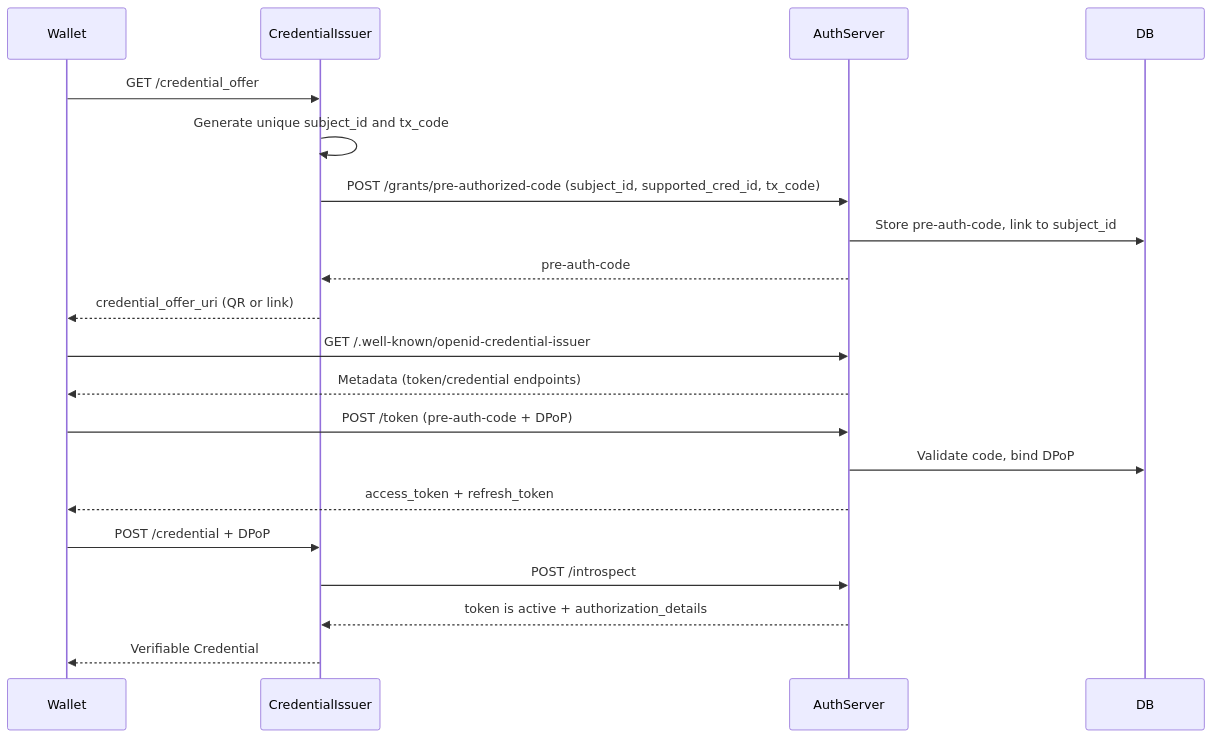
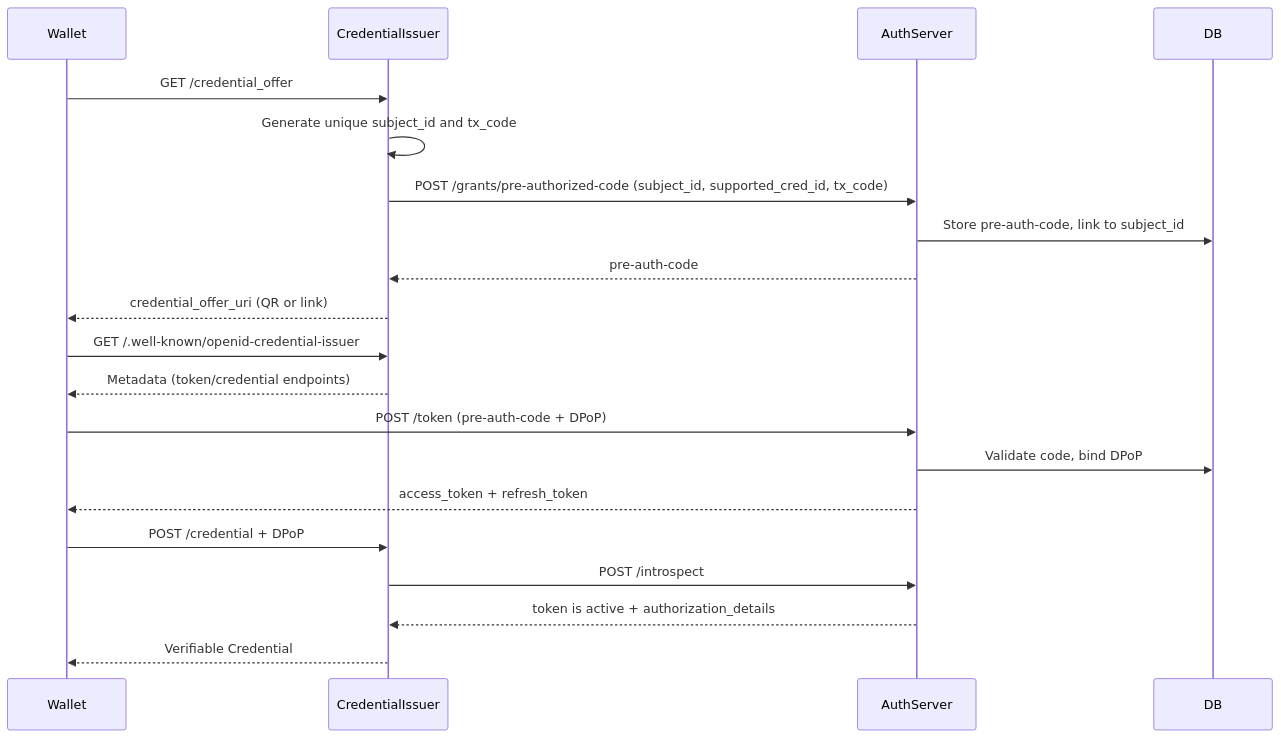
Before and after one commit to weiiv/di-auth-server: the sixth of 8 diagrams in README.md, drawn with Mermaid. The commit also changed other lines of this file, not shown here.

Commit message:
update attestation flow

````diff
--- a/README.md
+++ b/README.md
@@ -490,28 +494,28 @@
 ```mermaid
 sequenceDiagram
     participant Wallet
     participant CredentialIssuer
     participant AuthServer
     participant DB
 
     Wallet->>CredentialIssuer: GET /credential_offer
     CredentialIssuer->>CredentialIssuer: Generate unique subject_id and tx_code
 
     CredentialIssuer->>AuthServer: POST /grants/pre-authorized-code (subject_id, supported_cred_id, tx_code)
     AuthServer->>DB: Store pre-auth-code, link to subject_id
 
     AuthServer-->>CredentialIssuer: pre-auth-code
     CredentialIssuer-->>Wallet: credential_offer_uri (QR or link)
 
-    Wallet->>AuthServer: GET /.well-known/openid-credential-issuer
-    AuthServer-->>Wallet: Metadata (token/credential endpoints)
+    Wallet->>CredentialIssuer: GET /.well-known/openid-credential-issuer
+    CredentialIssuer-->>Wallet: Metadata (token/credential endpoints)
 
     Wallet->>AuthServer: POST /token (pre-auth-code + DPoP)
     AuthServer->>DB: Validate code, bind DPoP
     AuthServer-->>Wallet: access_token + refresh_token
 
     Wallet->>CredentialIssuer: POST /credential + DPoP
     CredentialIssuer->>AuthServer: POST /introspect
     AuthServer-->>CredentialIssuer: token is active + authorization_details
     CredentialIssuer-->>Wallet: Verifiable Credential
 ```
````
